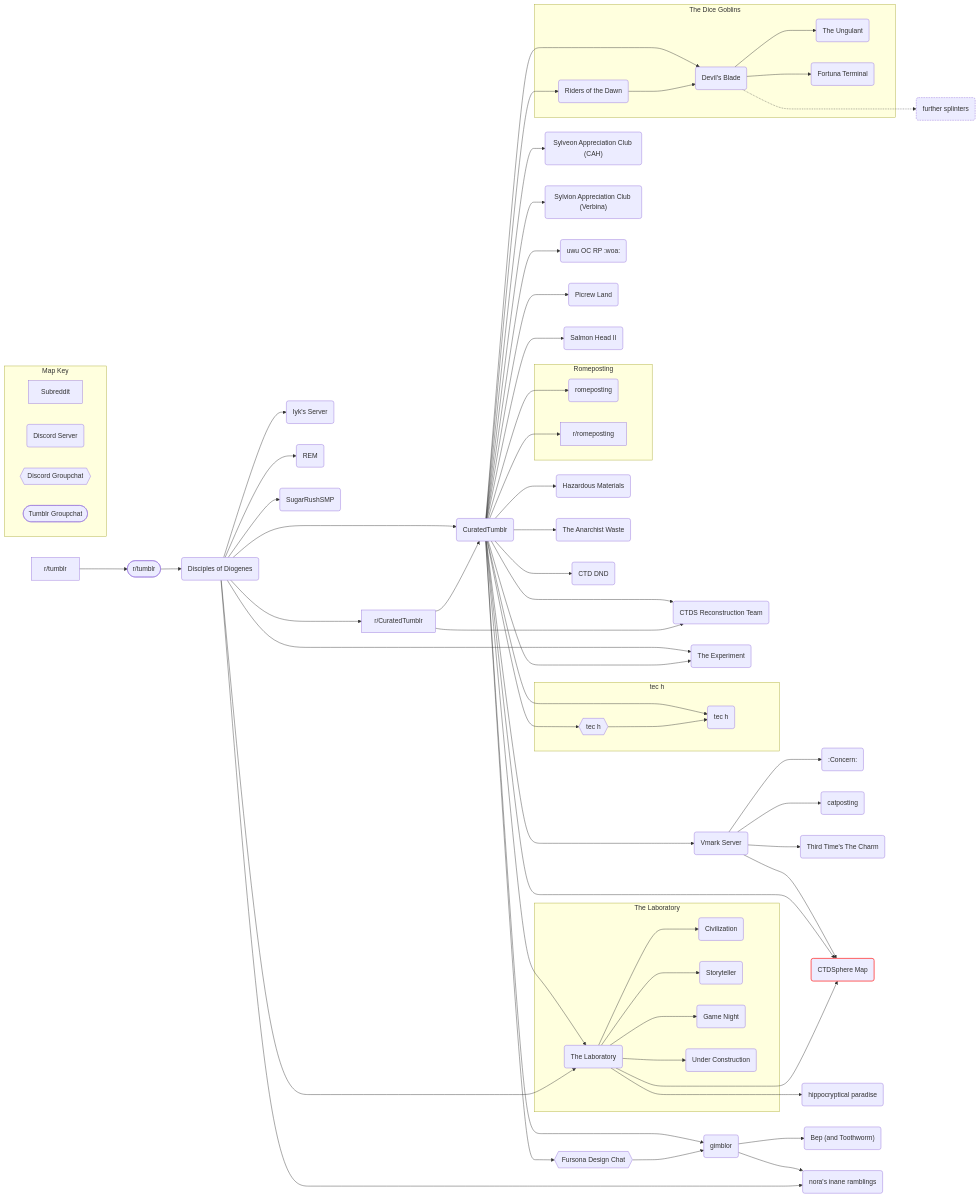
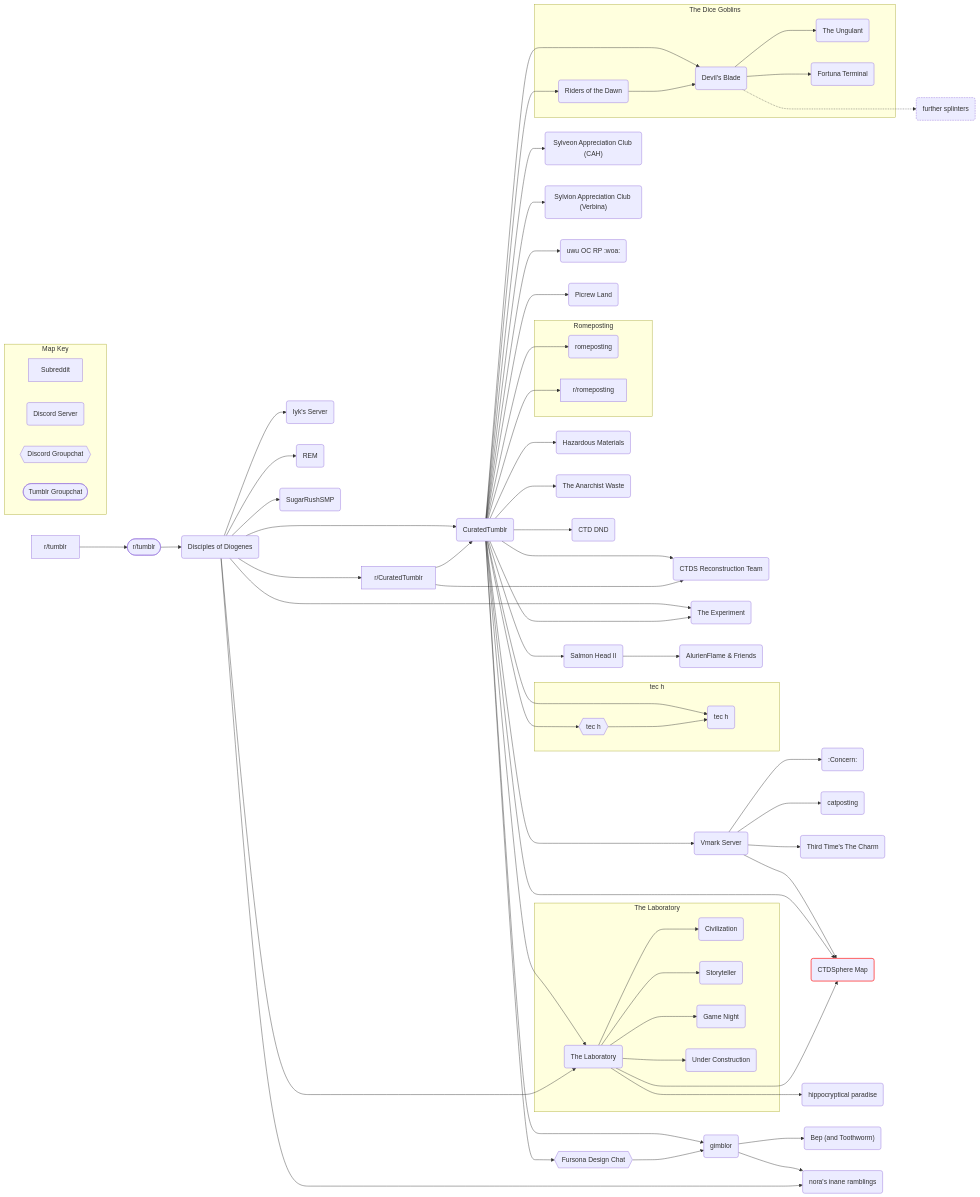
The diagram in Map.md (AnGenericAccount/CTDSphere-Map), drawn with Mermaid before and after one commit.

````diff
--- a/Map.md
+++ b/Map.md
@@ -1,73 +1,74 @@
 ```mermaid
 flowchart LR
     tumblr[r/tumblr]-->groupchat([r/tumblr])
     groupchat-->DoD(Disciples of Diogenes)
     DoD--->subreddit[r/CuratedTumblr]
     DoD-->CTDS(CuratedTumblr)
     subreddit-->CTDS
     DoD-->Iyk(Iyk's Server)
     DoD-->REM(REM)
     DoD-->Sugar(SugarRushSMP)
     CTDS--->reconstruction(CTDS Reconstruction Team)
     subreddit-->reconstruction
     CTDS-->lab(The Laboratory)
     DoD-->lab
     subgraph Laboratory [The Laboratory]
         lab-->Civilization(Civilization)
         lab-->Storyteller(Storyteller)
         lab-->Game(Game Night)
         lab-->Construction(Under Construction)
     end
     DoD-->Experiment(The Experiment)
     CTDS--->Experiment
     CTDS-->CAH("Sylveon Appreciation Club (CAH)")
     CTDS-->Verbina("Sylvion Appreciation Club (Verbina)")
     CTDS-->tech(tec h)
     CTDS-->techchat{{tec h}}
     subgraph tec[tec h]
         techchat-->tech
     end
     CTDS-->RP(uwu OC RP :woa:)
     CTDS-->picrew(Picrew Land)
     CTDS-->salmon(Salmon Head II)
+    salmon-->Alurien(AlurienFlame & Friends)
     CTDS-->Vmark(Vmark Server)
     Vmark-->concern(:Concern:)
     Vmark-->catposting(catposting)
     Vmark-->fate(Third Time's The Charm)
     Vmark-->sphere("CTDSphere Map")
     style sphere stroke:#f44,stroke-width:2px
     CTDS-->sphere
     lab--->sphere
     lab--->hippo(hippocryptical paradise)
     CTDS-->gimblor(gimblor)
     CTDS-->fursona{{Fursona Design Chat}}
     fursona-->gimblor
     gimblor-->bep("Bep (and Toothworm)")
     gimblor-->nora(nora's inane ramblings)
     DoD-->nora
     subgraph Romeposting
         rome(romeposting)
         romesub[r/romeposting]
     end
     CTDS-->rome
     CTDS-->romesub
     CTDS-->hazard(Hazardous Materials)
     CTDS-->anarchist(The Anarchist Waste)
     CTDS-->DND(CTD DND)
     CTDS-->dawn(Riders of the Dawn)
     CTDS-->blade(Devil's Blade)
     subgraph riders[The Dice Goblins]
         dawn-->blade
         blade-->ungulant(The Ungulant)
         blade-->terminal(Fortuna Terminal)   
     end
     blade-..->further(further splinters)
     style further stroke-dasharray:4 2
     subgraph Key [Map Key]
         direction LR
         sub[Subreddit]
         discord(Discord Server)
         chat{{Discord Groupchat}}
         group([Tumblr Groupchat])
     end
 ```
````
